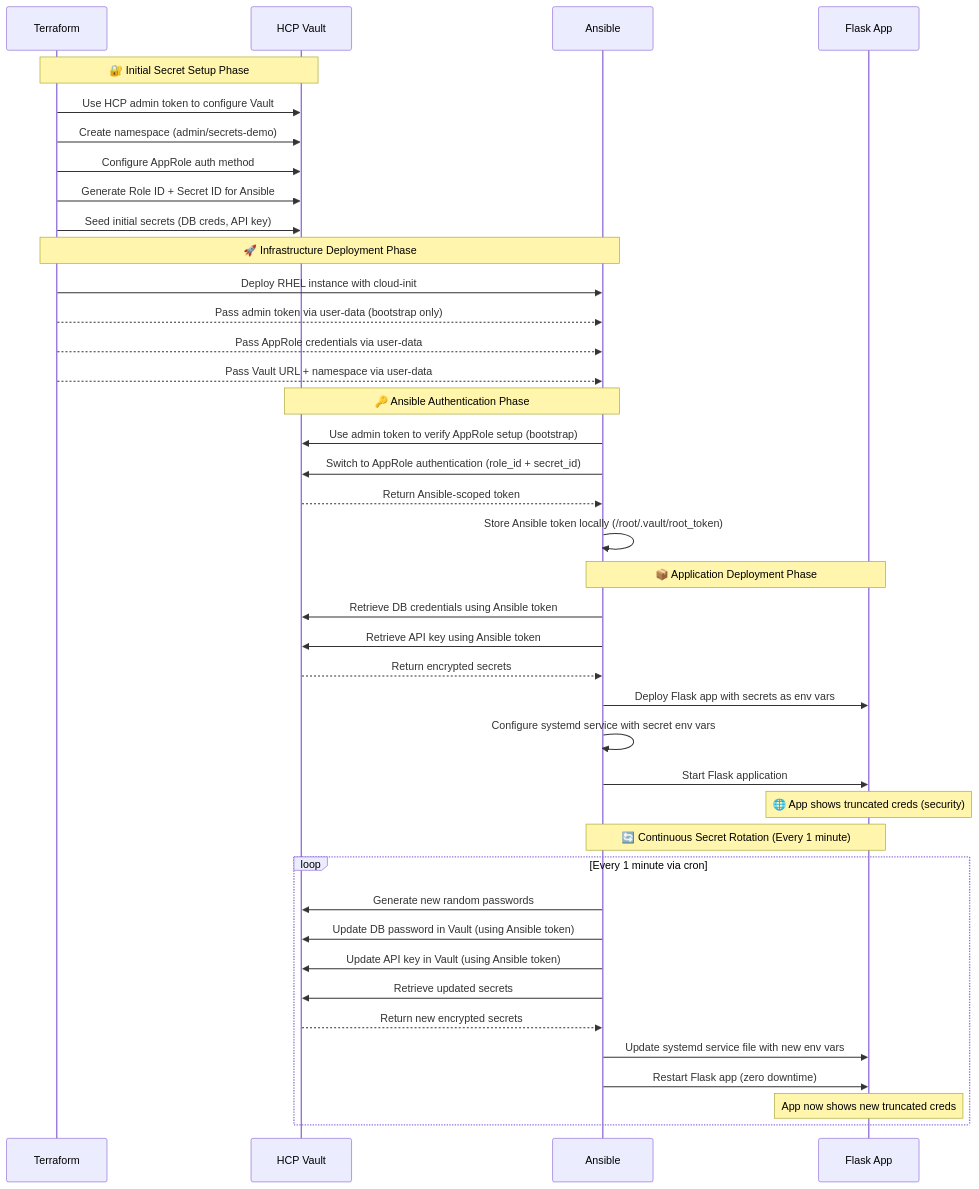
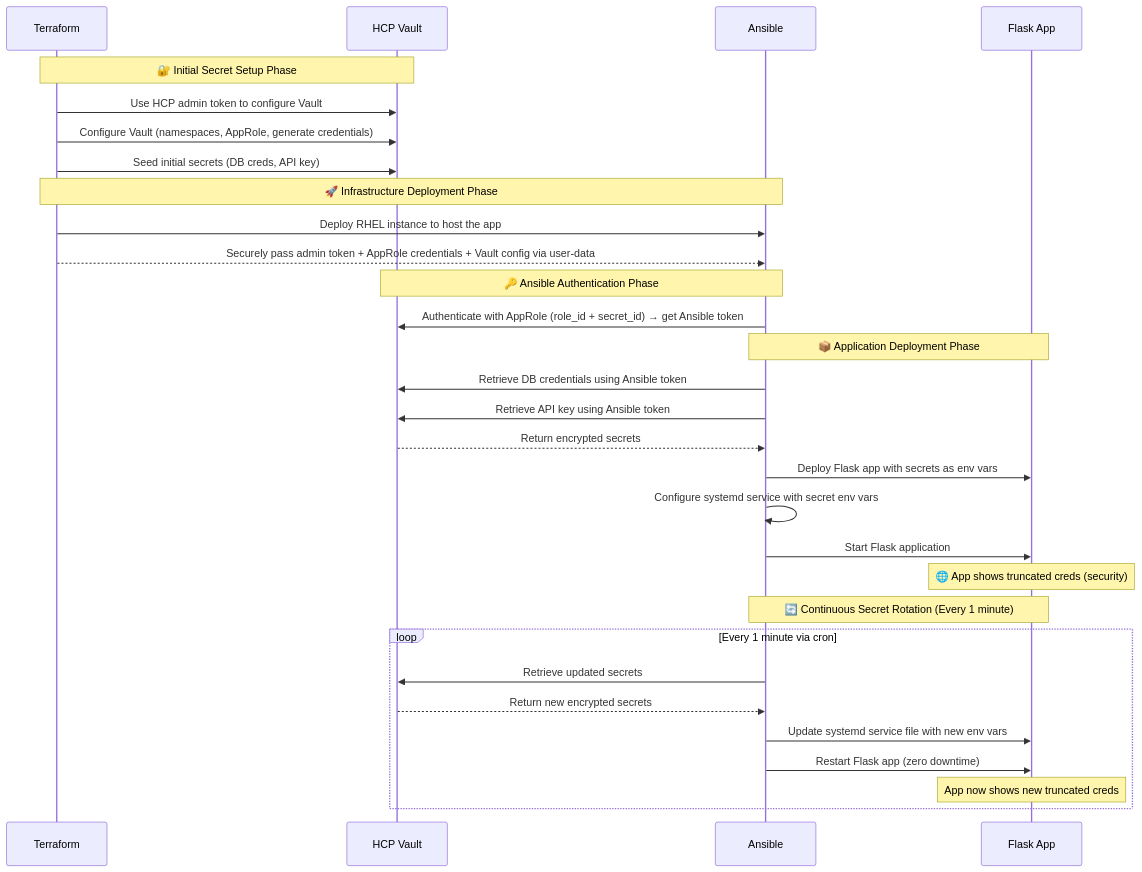
Before and after one commit to stoffee/secrets-demos: the second of 2 diagrams in ansible-vault-demo/README.md, drawn with Mermaid.

Commit message:
updated diagram

````diff
--- a/ansible-vault-demo/README.md
+++ b/ansible-vault-demo/README.md
@@ -96,48 +96,38 @@
 ```mermaid
 sequenceDiagram
     participant T as Terraform
     participant V as HCP Vault
     participant A as Ansible
     participant F as Flask App
     
     Note over T,V: 🔐 Initial Secret Setup Phase
     T->>V: Use HCP admin token to configure Vault
-    T->>V: Create namespace (admin/secrets-demo)
-    T->>V: Configure AppRole auth method
-    T->>V: Generate Role ID + Secret ID for Ansible
+    T->>V: Configure Vault (namespaces, AppRole, generate credentials)
     T->>V: Seed initial secrets (DB creds, API key)
     
     Note over T,A: 🚀 Infrastructure Deployment Phase  
-    T->>A: Deploy RHEL instance with cloud-init
-    T-->>A: Pass admin token via user-data (bootstrap only)
-    T-->>A: Pass AppRole credentials via user-data
-    T-->>A: Pass Vault URL + namespace via user-data
+    T->>A: Deploy RHEL instance to host the app
+    T-->>A: Securely pass admin token + AppRole credentials + Vault config via user-data
     
     Note over A,V: 🔑 Ansible Authentication Phase
-    A->>V: Use admin token to verify AppRole setup (bootstrap)
-    A->>V: Switch to AppRole authentication (role_id + secret_id)
-    V-->>A: Return Ansible-scoped token
-    A->>A: Store Ansible token locally (/root/.vault/root_token)
+    A->>V: Authenticate with AppRole (role_id + secret_id) → get Ansible token
     
     Note over A,F: 📦 Application Deployment Phase
     A->>V: Retrieve DB credentials using Ansible token
     A->>V: Retrieve API key using Ansible token
     V-->>A: Return encrypted secrets
     A->>F: Deploy Flask app with secrets as env vars
     A->>A: Configure systemd service with secret env vars
     A->>F: Start Flask application
     
     Note over F: 🌐 App shows truncated creds (security)
     
     Note over A,F: 🔄 Continuous Secret Rotation (Every 1 minute)
     loop Every 1 minute via cron
-        A->>V: Generate new random passwords
-        A->>V: Update DB password in Vault (using Ansible token)
-        A->>V: Update API key in Vault (using Ansible token)
         A->>V: Retrieve updated secrets
         V-->>A: Return new encrypted secrets
         A->>F: Update systemd service file with new env vars
         A->>F: Restart Flask app (zero downtime)
         Note over F: App now shows new truncated creds
     end
 ```
````
